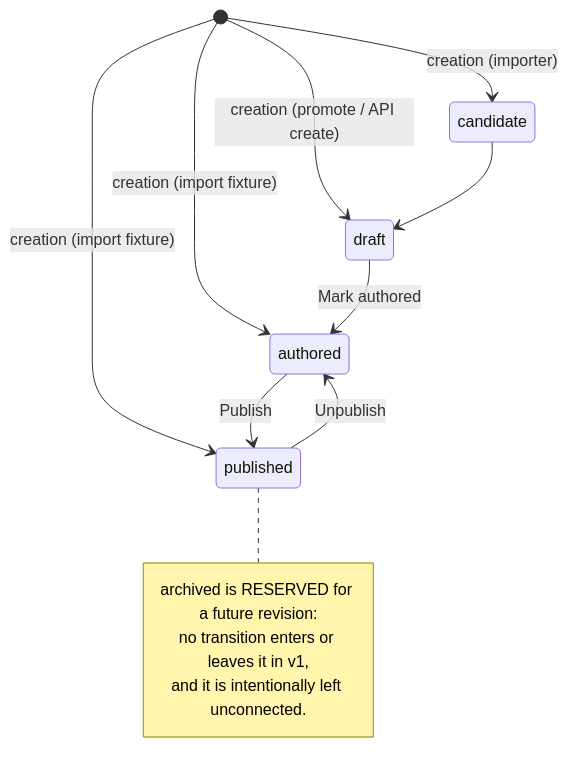
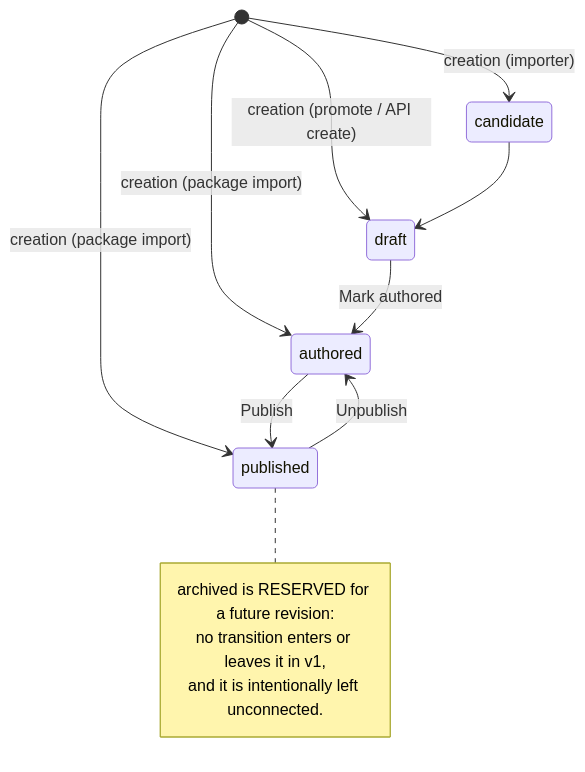
The diagram in docs/contracts/memento-lifecycle.md (azusachino/felicia), drawn with Mermaid before and after one commit. The commit also changed other lines of this file and 22 other files, not shown here.

````diff
--- a/docs/contracts/memento-lifecycle.md
+++ b/docs/contracts/memento-lifecycle.md
@@ -36,18 +37,18 @@
 ```mermaid
 stateDiagram-v2
     [*] --> candidate: creation (importer)
     [*] --> draft: creation (promote / API create)
-    [*] --> authored: creation (import fixture)
-    [*] --> published: creation (import fixture)
+    [*] --> authored: creation (package import)
+    [*] --> published: creation (package import)
 
     candidate --> draft
     draft --> authored: Mark authored
     authored --> published: Publish
     published --> authored: Unpublish
 
     note right of published
       archived is RESERVED for a future revision:
       no transition enters or leaves it in v1,
       and it is intentionally left unconnected.
     end note
 ```
````
